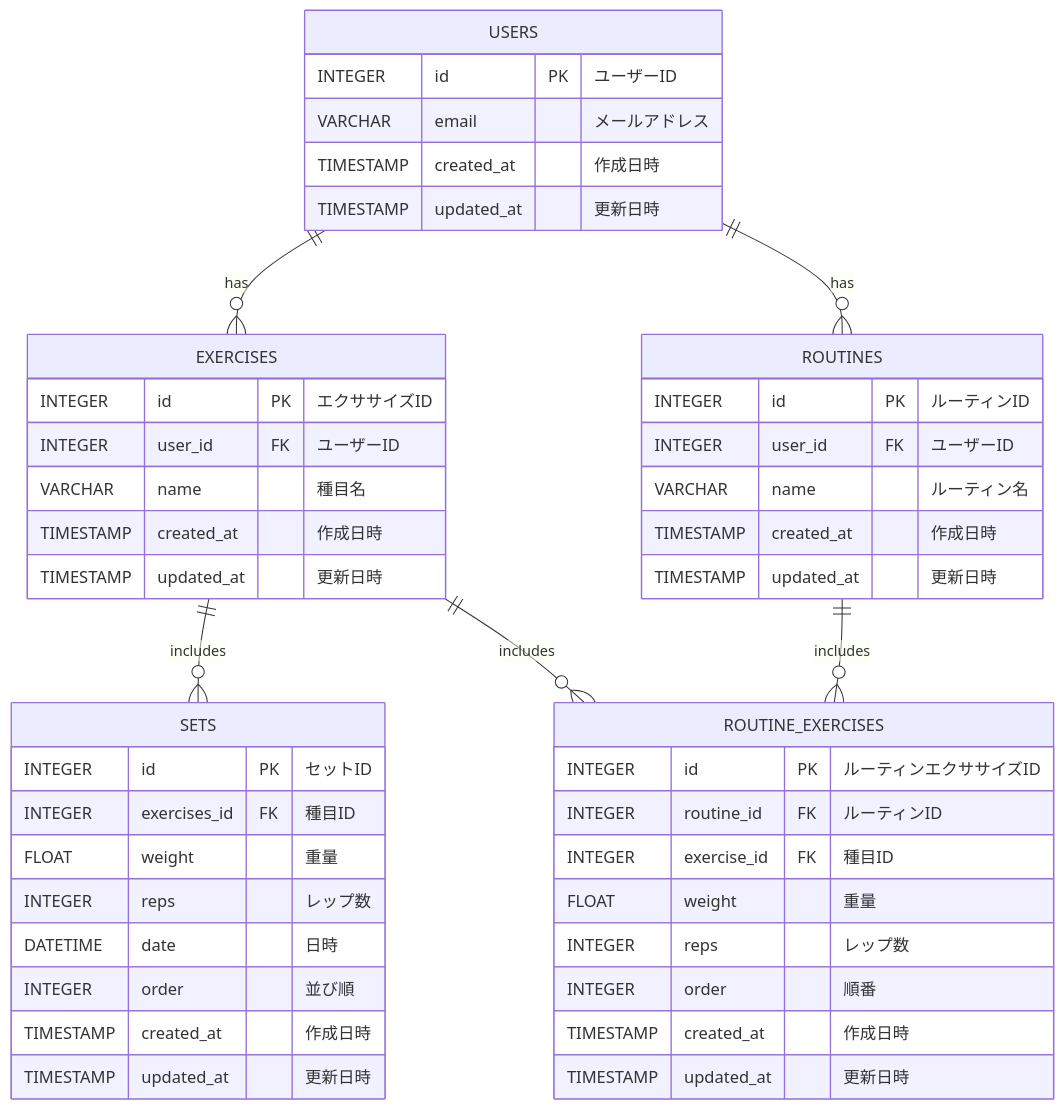
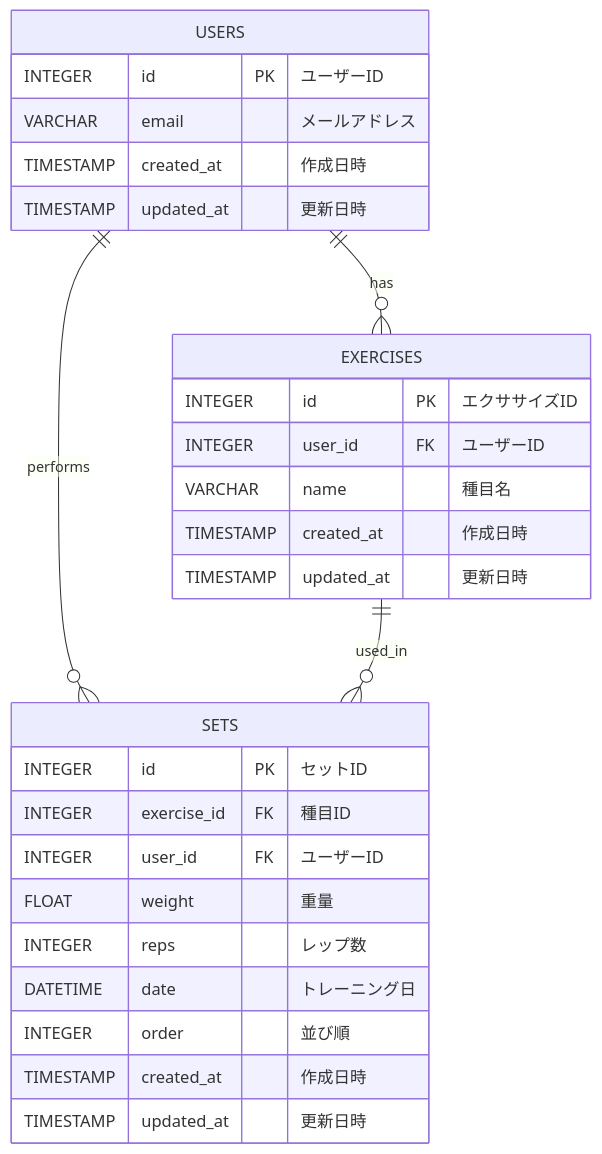
The diagram in docs/design/ER図.md (t-miura-024/lifro), drawn with Mermaid before and after one commit. The commit also changed 4 other files, not shown here.

````diff
--- a/docs/design/ER図.md
+++ b/docs/design/ER図.md
@@ -3,53 +3,33 @@
 ```mermaid
 erDiagram
     USERS {
         INTEGER id PK "ユーザーID"
         VARCHAR email "メールアドレス"
         TIMESTAMP created_at "作成日時"
         TIMESTAMP updated_at "更新日時"
     }
 
     SETS {
         INTEGER id PK "セットID"
-        INTEGER exercises_id FK "種目ID"
+        INTEGER exercise_id FK "種目ID"
+        INTEGER user_id FK "ユーザーID"
         FLOAT weight "重量"
         INTEGER reps "レップ数"
-        DATETIME date "日時"
+        DATETIME date "トレーニング日"
         INTEGER order "並び順"
         TIMESTAMP created_at "作成日時"
         TIMESTAMP updated_at "更新日時"
     }
 
     EXERCISES {
         INTEGER id PK "エクササイズID"
         INTEGER user_id FK "ユーザーID"
         VARCHAR name "種目名"
         TIMESTAMP created_at "作成日時"
         TIMESTAMP updated_at "更新日時"
     }
 
-    ROUTINES {
-        INTEGER id PK "ルーティンID"
-        INTEGER user_id FK "ユーザーID"
-        VARCHAR name "ルーティン名"
-        TIMESTAMP created_at "作成日時"
-        TIMESTAMP updated_at "更新日時"
-    }
-
-    ROUTINE_EXERCISES {
-        INTEGER id PK "ルーティンエクササイズID"
-        INTEGER routine_id FK "ルーティンID"
-        INTEGER exercise_id FK "種目ID"
-        FLOAT weight "重量"
-        INTEGER reps "レップ数"
-        INTEGER order "順番"
-        TIMESTAMP created_at "作成日時"
-        TIMESTAMP updated_at "更新日時"
-    }
-
     USERS ||--o{ EXERCISES : "has"
-    USERS ||--o{ ROUTINES : "has"
-    EXERCISES ||--o{ SETS : "includes"
-    ROUTINES ||--o{ ROUTINE_EXERCISES : "includes"
-    EXERCISES ||--o{ ROUTINE_EXERCISES : "includes"
+    USERS ||--o{ SETS : "performs"
+    EXERCISES ||--o{ SETS : "used_in"
 ```
````
